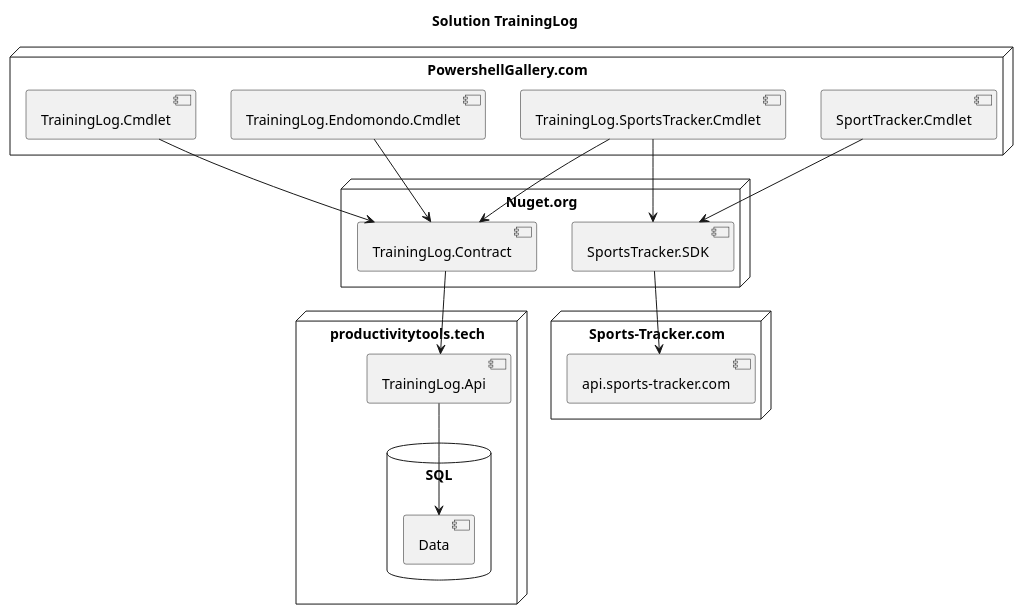
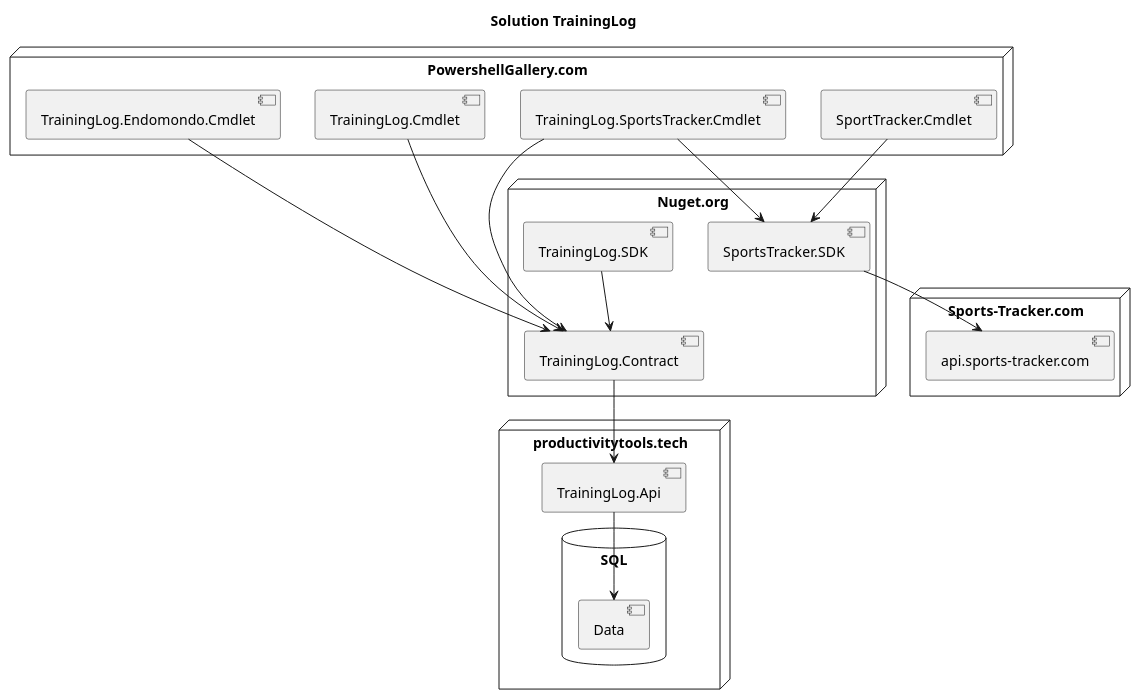
One commit to ProductivityTools-TrainingLog/ProductivityTools-TrainingLog.github.io changed the diagram in Solution.wsd. Above: the diagram before and after it, drawn with PlantUML. The commit also changed 1 other file, not shown here.

Commit message:
temporary diagram

```diff
--- a/Solution.wsd
+++ b/Solution.wsd
@@ -1,43 +1,45 @@
 @startuml
 
 title Solution TrainingLog
 
 node Nuget.org{
+    [TrainingLog.SDK]
     [TrainingLog.Contract]
     [SportsTracker.SDK]
 }
 
 node PowershellGallery.com{
     [TrainingLog.Endomondo.Cmdlet]
     [TrainingLog.Cmdlet]
     [TrainingLog.SportsTracker.Cmdlet]
     [SportTracker.Cmdlet]
 }
 
 node [Sports-Tracker.com]{
     [api.sports-tracker.com]
 }
 
 
 node [productivitytools.tech]{
     [TrainingLog.Api]
     database "SQL\n" {
     [Data]
     }
 }
 
 
  [TrainingLog.SportsTracker.Cmdlet] -down->[SportsTracker.SDK]
  [SportsTracker.SDK] -down->[api.sports-tracker.com]
+ [TrainingLog.SDK] -down->[TrainingLog.Contract]
  [TrainingLog.Endomondo.Cmdlet] -down->[TrainingLog.Contract]
  [TrainingLog.Contract] -down->  [TrainingLog.Api]
  [TrainingLog.SportsTracker.Cmdlet] -down-> [TrainingLog.Contract]
  [TrainingLog.Cmdlet] -down-> [TrainingLog.Contract]
  [TrainingLog.Api] -down->Data
  [SportTracker.Cmdlet] -down->[SportsTracker.SDK]
  
  
 
 
 
 @enduml
```
